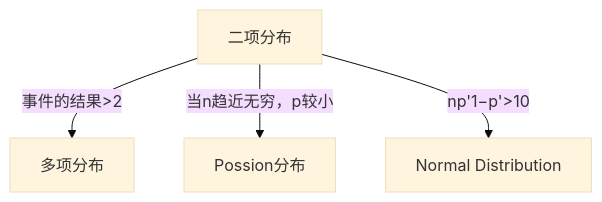
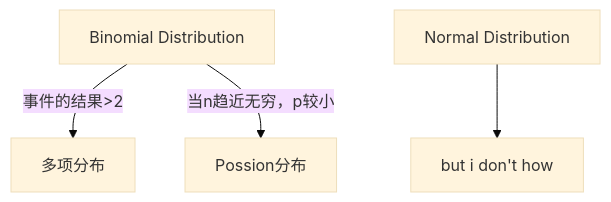
Before and after one commit to introvert24312/somehow: the diagram in source/_posts/Mind map of health statistics.md, drawn with Mermaid (base theme). The commit also changed other lines of this file and 2 other files, not shown here.

````diff
--- a/source/_posts/Mind map of health statistics.md
+++ b/source/_posts/Mind map of health statistics.md
@@ -9,11 +9,15 @@
 ```mermaid
 graph TD;
-0[二项分布]-->|事件的结果>2|00[多项分布];
-0[二项分布]-->|当n趋近无穷，p较小|1[Possion分布];
-0[二项分布]-->|np'1−p'>10|2[Normal Distribution];
+0[Binomial Distribution]-->|事件的结果>2|00[多项分布]
+
+0-->|当n趋近无穷，p较小|1[Possion分布]
+
+2[Normal Distribution];
+
+2-->21[but i don't how]
 
 click 0 "https://ysz.asia/2024/03/14/Binomial%20Distribution/"
 click 00 "https://ysz.asia/2024/03/14/Binomial%20Distribution/"
 click 1 "https://ysz.asia/2024/03/16/Poisson%20Distribution/"
 click 2 "https://ysz.asia/2024/03/24/Normal%20Distribution/"
 ```
````
